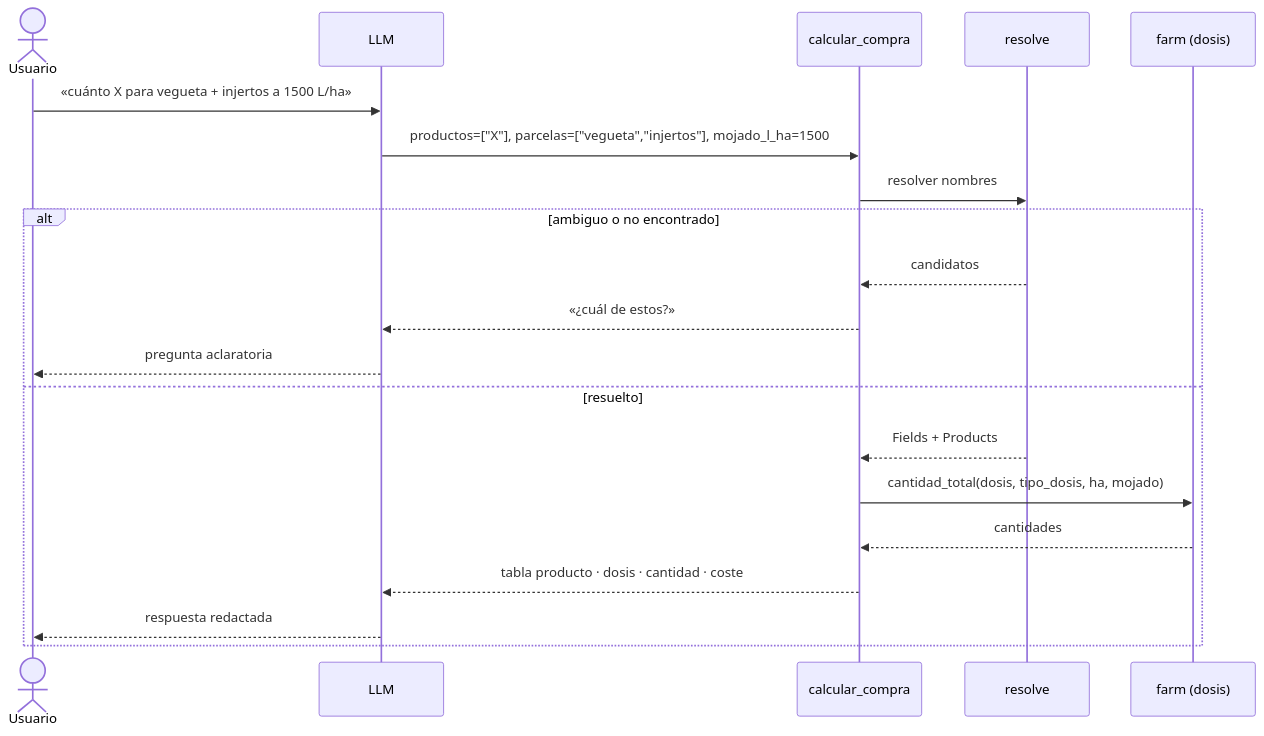
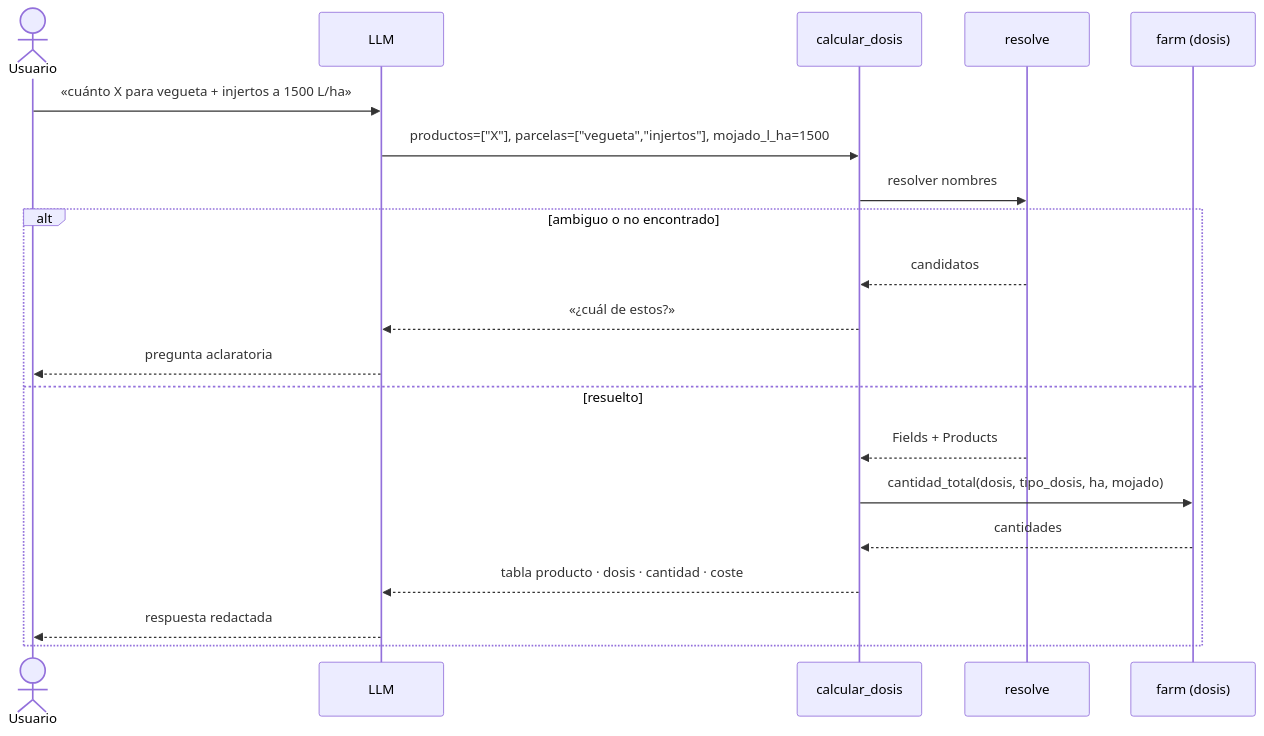
Before and after one commit to carborgar/agrogest: the fifth of 5 diagrams in assistant/README.md, drawn with Mermaid. The commit also changed other lines of this file, not shown here.

````diff
--- a/assistant/README.md
+++ b/assistant/README.md
@@ -188,23 +209,23 @@
 ```mermaid
 sequenceDiagram
     actor U as Usuario
     participant L as LLM
-    participant T as calcular_compra
+    participant T as calcular_dosis
     participant R as resolve
     participant F as farm (dosis)
 
     U->>L: «cuánto X para vegueta + injertos a 1500 L/ha»
     L->>T: productos=["X"], parcelas=["vegueta","injertos"], mojado_l_ha=1500
     T->>R: resolver nombres
     alt ambiguo o no encontrado
         R-->>T: candidatos
         T-->>L: «¿cuál de estos?»
         L-->>U: pregunta aclaratoria
     else resuelto
         R-->>T: Fields + Products
         T->>F: cantidad_total(dosis, tipo_dosis, ha, mojado)
         F-->>T: cantidades
         T-->>L: tabla producto · dosis · cantidad · coste
         L-->>U: respuesta redactada
     end
 ```
````
